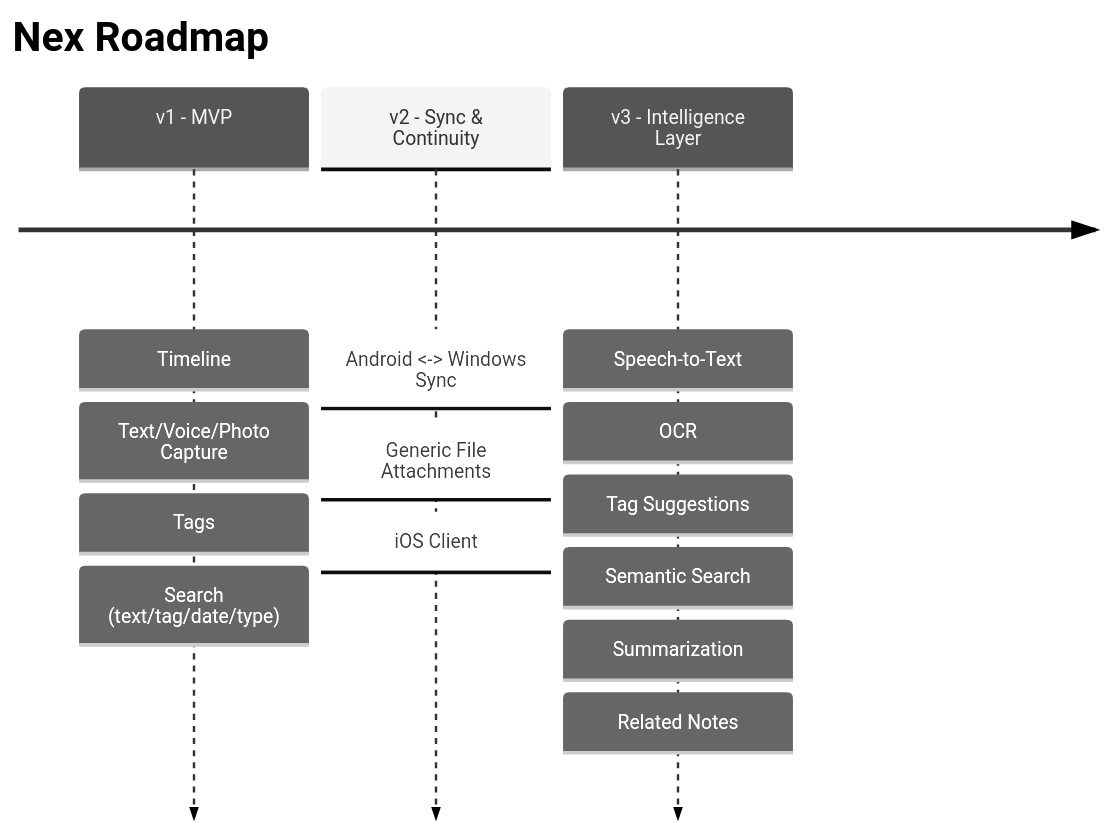
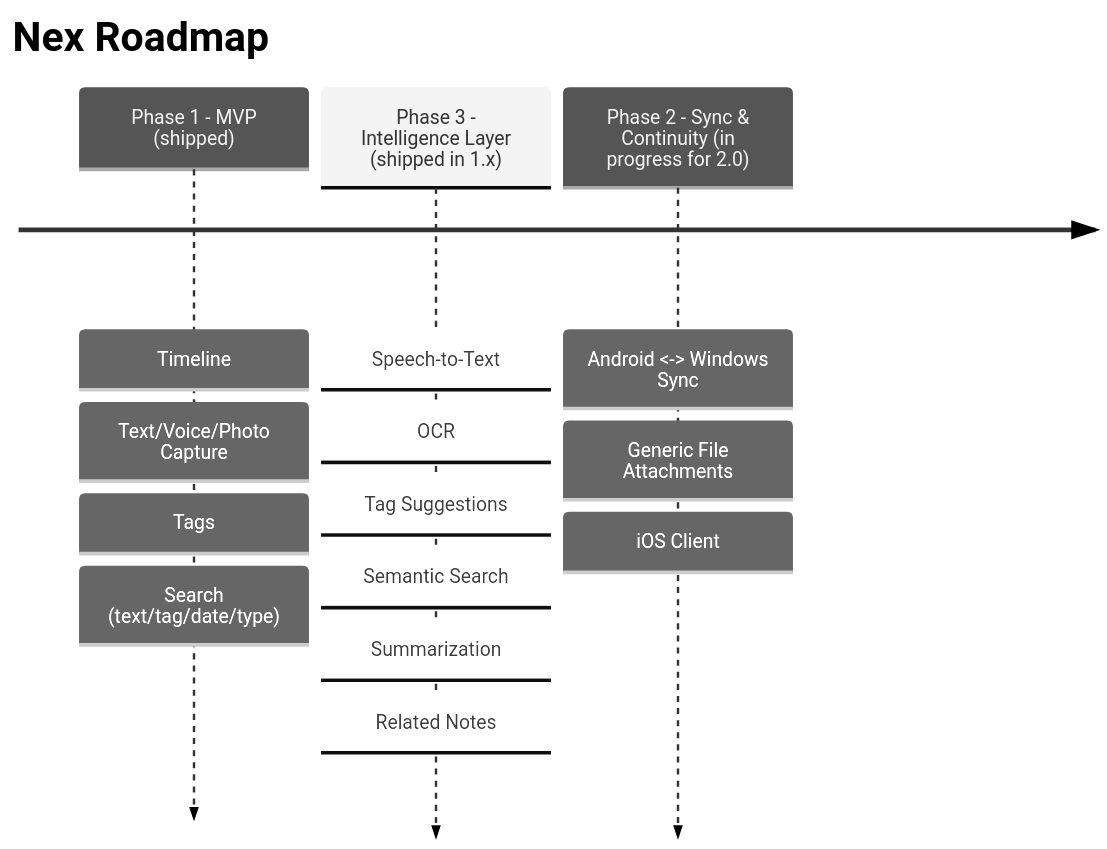
Before and after one commit to sanyzrn/DbsNex: the diagram in docs/08-roadmap.md, drawn with Mermaid (neutral theme). The commit also changed other lines of this file and 6 other files, not shown here.

First line of the commit message:
1.85.0: phase names, roadmap Done for stage 1

````diff
--- a/docs/08-roadmap.md
+++ b/docs/08-roadmap.md
@@ -7,7 +7,7 @@
 ```mermaid
 timeline
     title Nex Roadmap
-    v1 - MVP : Timeline : Text/Voice/Photo Capture : Tags : Search (text/tag/date/type)
-    v2 - Sync & Continuity : Android <-> Windows Sync : Generic File Attachments : iOS Client
-    v3 - Intelligence Layer : Speech-to-Text : OCR : Tag Suggestions : Semantic Search : Summarization : Related Notes
+    Phase 1 - MVP (shipped) : Timeline : Text/Voice/Photo Capture : Tags : Search (text/tag/date/type)
+    Phase 3 - Intelligence Layer (shipped in 1.x) : Speech-to-Text : OCR : Tag Suggestions : Semantic Search : Summarization : Related Notes
+    Phase 2 - Sync & Continuity (in progress for 2.0) : Android <-> Windows Sync : Generic File Attachments : iOS Client
 ```
````
